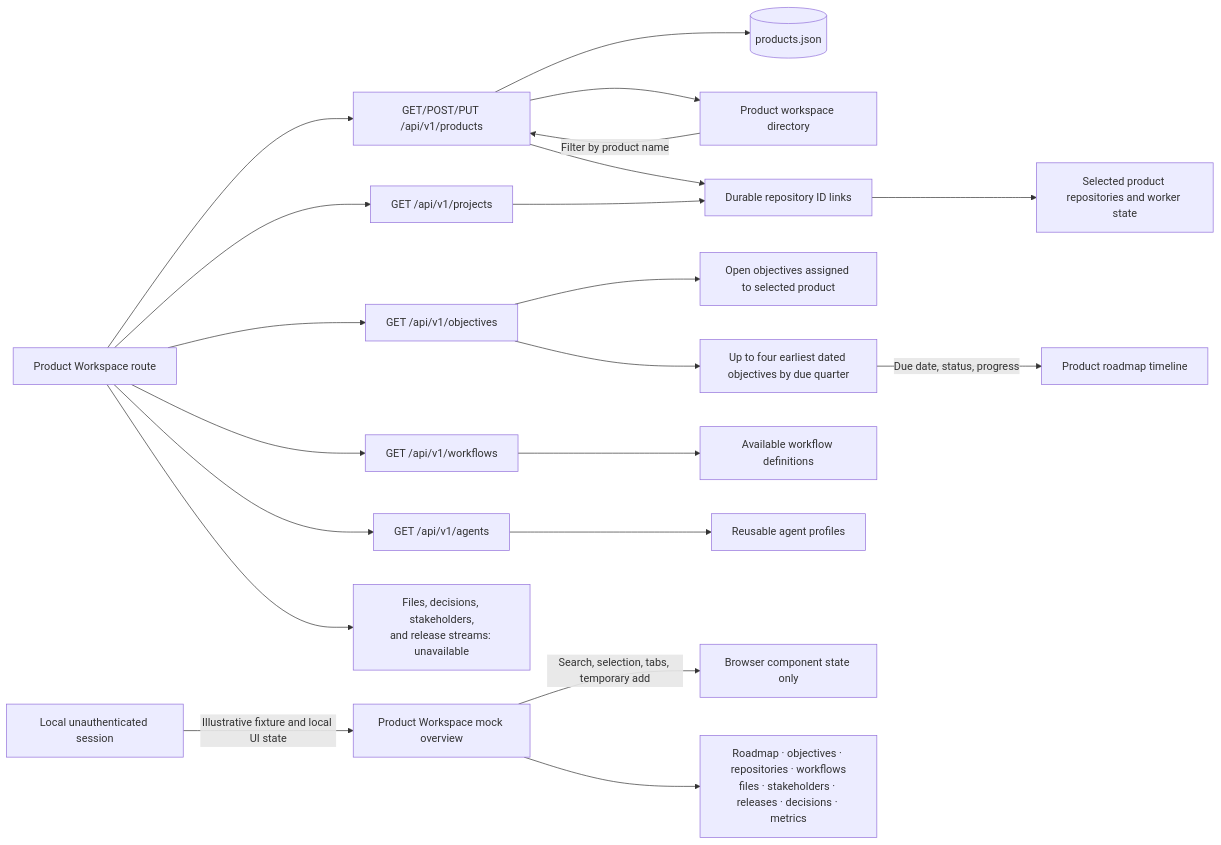
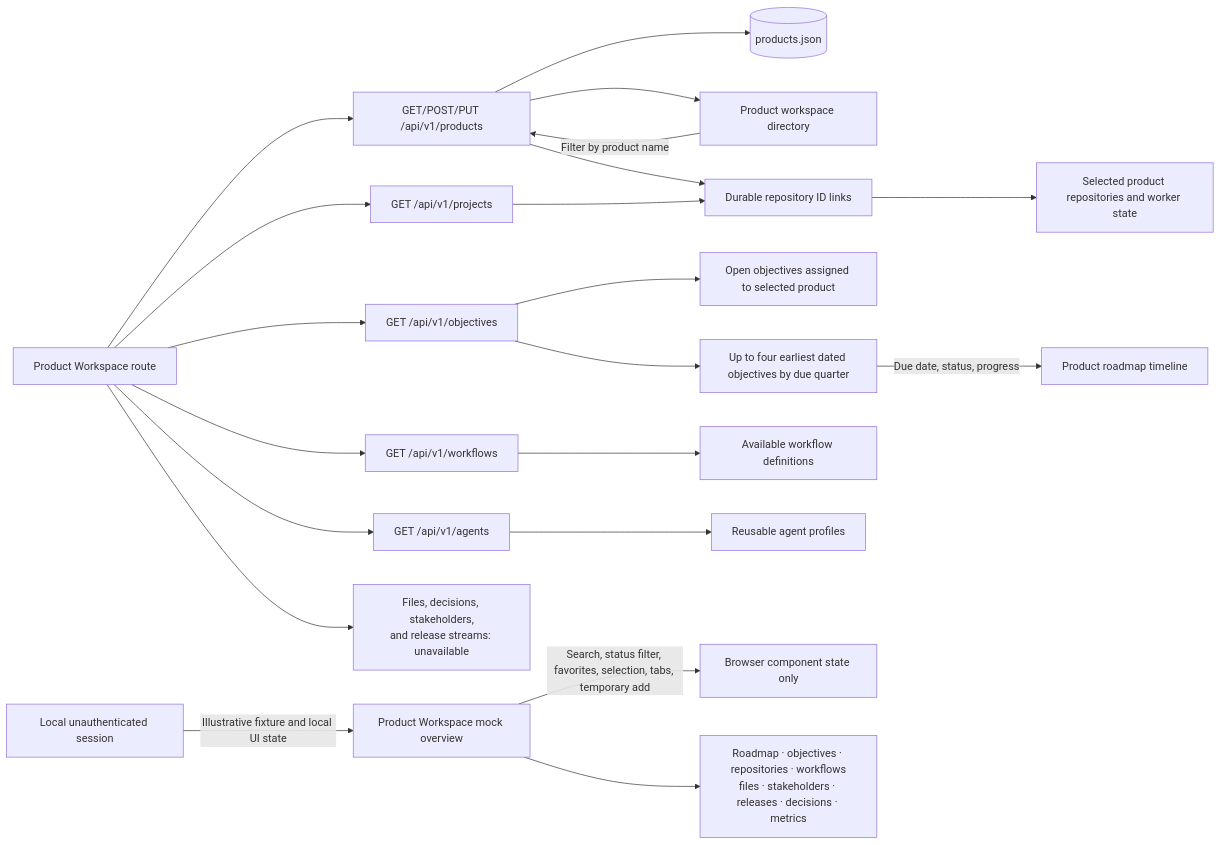
Before and after one commit to bogdaniel/zenchron-engineering-os: the diagram in docs/features/product-workspace.md, drawn with Mermaid. The commit also changed other lines of this file and 4 other files, not shown here.

````diff
--- a/docs/features/product-workspace.md
+++ b/docs/features/product-workspace.md
@@ -18,24 +19,24 @@
 ```mermaid
 flowchart LR
     Browser[Product Workspace route] --> Projects[GET /api/v1/projects]
     Browser --> Products[GET/POST/PUT /api/v1/products]
     Browser --> Objectives[GET /api/v1/objectives]
     Browser --> Workflows[GET /api/v1/workflows]
     Browser --> Agents[GET /api/v1/agents]
     Products --> Store[(products.json)]
     Products --> Directory[Product workspace directory]
     Directory -->|Filter by product name| Products
     Products --> Links[Durable repository ID links]
     Projects --> Links
     Links --> Detail[Selected product repositories and worker state]
     Objectives --> GoalList[Open objectives assigned to selected product]
     Objectives --> Roadmap[Up to four earliest dated objectives by due quarter]
     Roadmap -->|Due date, status, progress| ProductRoadmap[Product roadmap timeline]
     Workflows --> WorkflowList[Available workflow definitions]
     Agents --> Templates[Reusable agent profiles]
     Missing[Files, decisions, stakeholders,<br/>and release streams: unavailable]
     Browser --> Missing
     Preview[Local unauthenticated session] -->|Illustrative fixture and local UI state| Mock[Product Workspace mock overview]
-    Mock -->|Search, selection, tabs, temporary add| Local[Browser component state only]
+    Mock -->|Search, status filter, favorites, selection, tabs, temporary add| Local[Browser component state only]
     Mock --> MockData[Roadmap · objectives · repositories · workflows<br/>files · stakeholders · releases · decisions · metrics]
 ```
````
